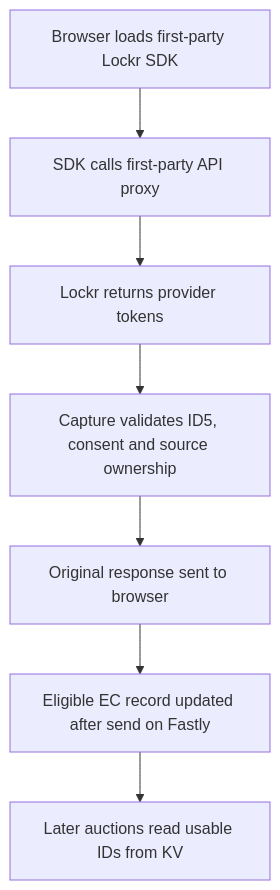
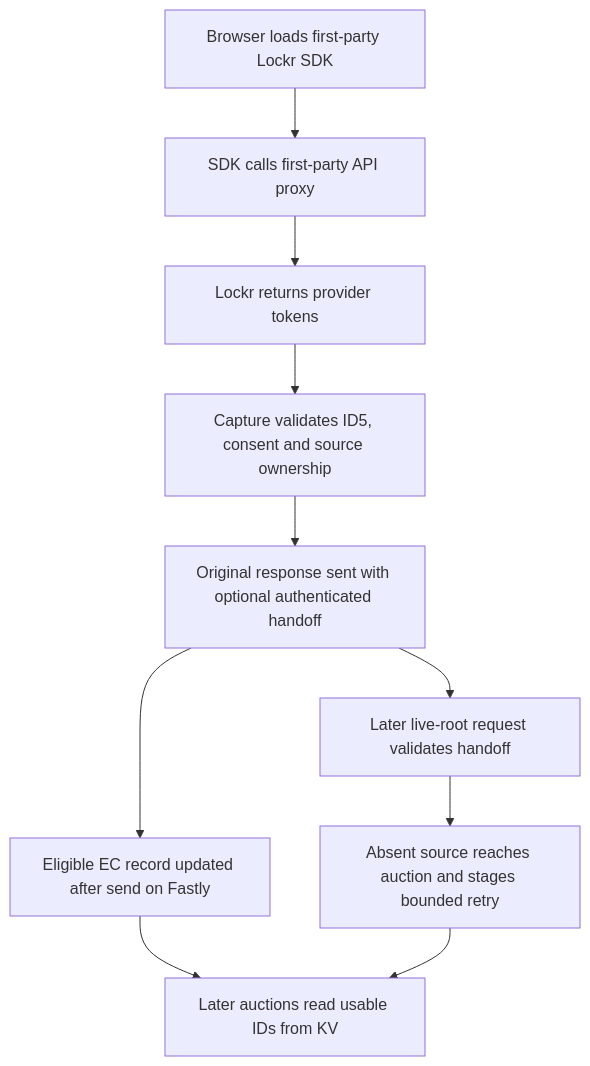
One commit to IABTechLab/trusted-server changed the diagram in docs/guide/integrations/lockr.md. Above: the diagram before and after it, drawn with Mermaid. The commit also changed other lines of this file and 21 other files, not shown here.

First line of the commit message:
Add authenticated identity capture handoff

````diff
--- a/docs/guide/integrations/lockr.md
+++ b/docs/guide/integrations/lockr.md
@@ -25,9 +25,12 @@
 ```mermaid
 flowchart TD
     A[Browser loads first-party Lockr SDK] --> B[SDK calls first-party API proxy]
     B --> C[Lockr returns provider tokens]
     C --> D[Capture validates ID5, consent and source ownership]
-    D --> E[Original response sent to browser]
+    D --> E[Original response sent with optional authenticated handoff]
     E --> F[Eligible EC record updated after send on Fastly]
-    F --> G[Later auctions read usable IDs from KV]
+    E --> G[Later live-root request validates handoff]
+    G --> H[Absent source reaches auction and stages bounded retry]
+    F --> I[Later auctions read usable IDs from KV]
+    H --> I
 ```
````
